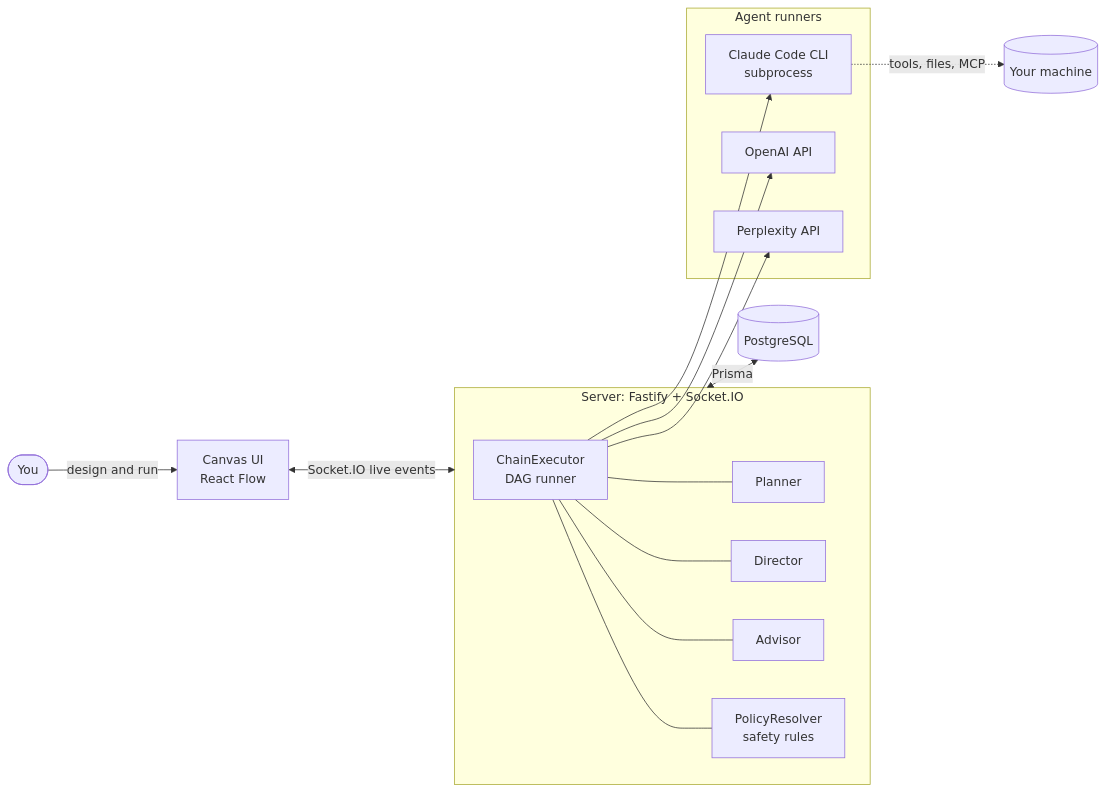
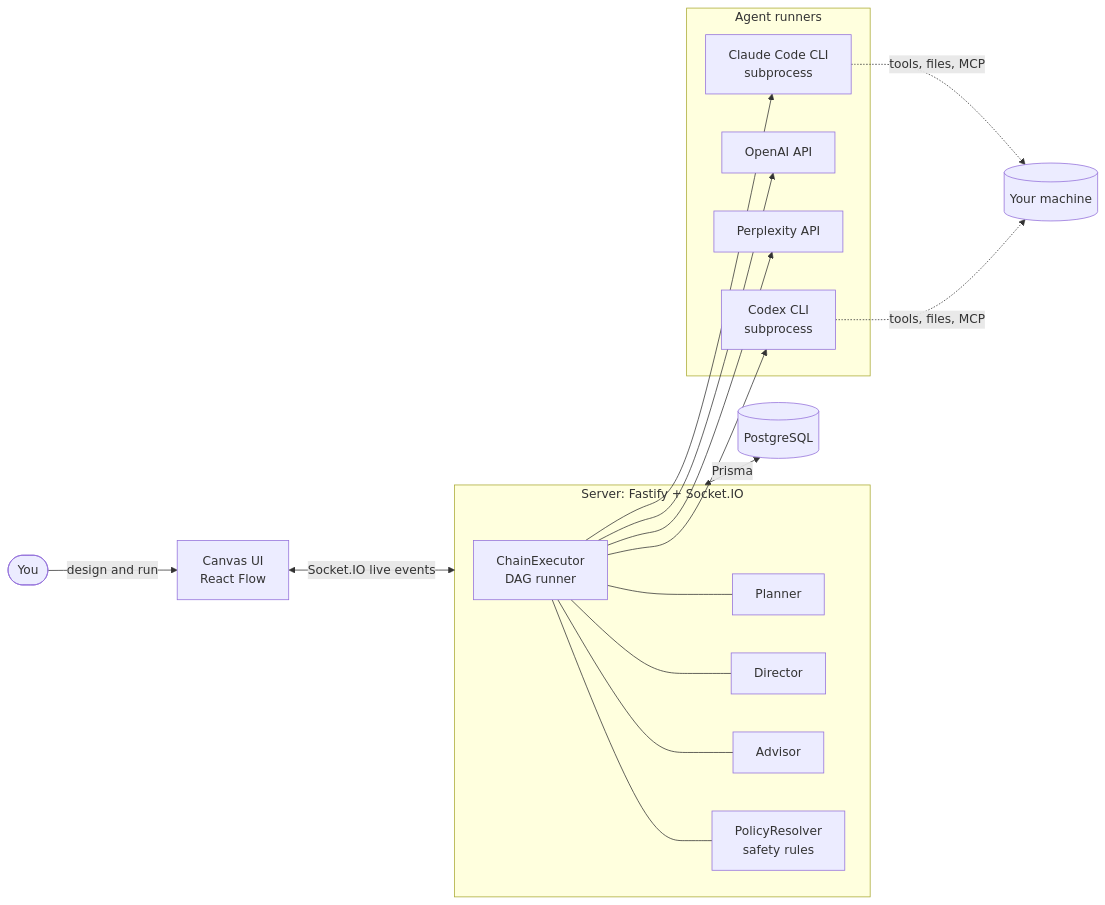
One commit to rondoflow/rondoflow changed the second of 3 diagrams in README.md. Above: the diagram before and after it, drawn with Mermaid. The commit also changed other lines of this file and 1 other file, not shown here.

First line of the commit message:
docs: document Codex provider and missing env vars in README and .env.example

````diff
--- a/README.md
+++ b/README.md
@@ -311,29 +329,32 @@
 ```mermaid
 flowchart LR
     User(["You"]) -->|design and run| Canvas["Canvas UI<br/>React Flow"]
     Canvas <-->|Socket.IO live events| Engine
 
     subgraph Engine["Server: Fastify + Socket.IO"]
         Chain["ChainExecutor<br/>DAG runner"]
         Plan["Planner"]
         Dir["Director"]
         Adv["Advisor"]
         Pol["PolicyResolver<br/>safety rules"]
         Chain --- Plan
         Chain --- Dir
         Chain --- Adv
         Chain --- Pol
     end
 
     subgraph Runners["Agent runners"]
         CC["Claude Code CLI<br/>subprocess"]
         OAI["OpenAI API"]
         PPX["Perplexity API"]
+        CDX["Codex CLI<br/>subprocess"]
     end
 
     Chain --> CC
     Chain --> OAI
     Chain --> PPX
+    Chain --> CDX
     Engine <-->|Prisma| DB[("PostgreSQL")]
     CC -.->|tools, files, MCP| Host[("Your machine")]
+    CDX -.->|tools, files, MCP| Host
 ```
````
